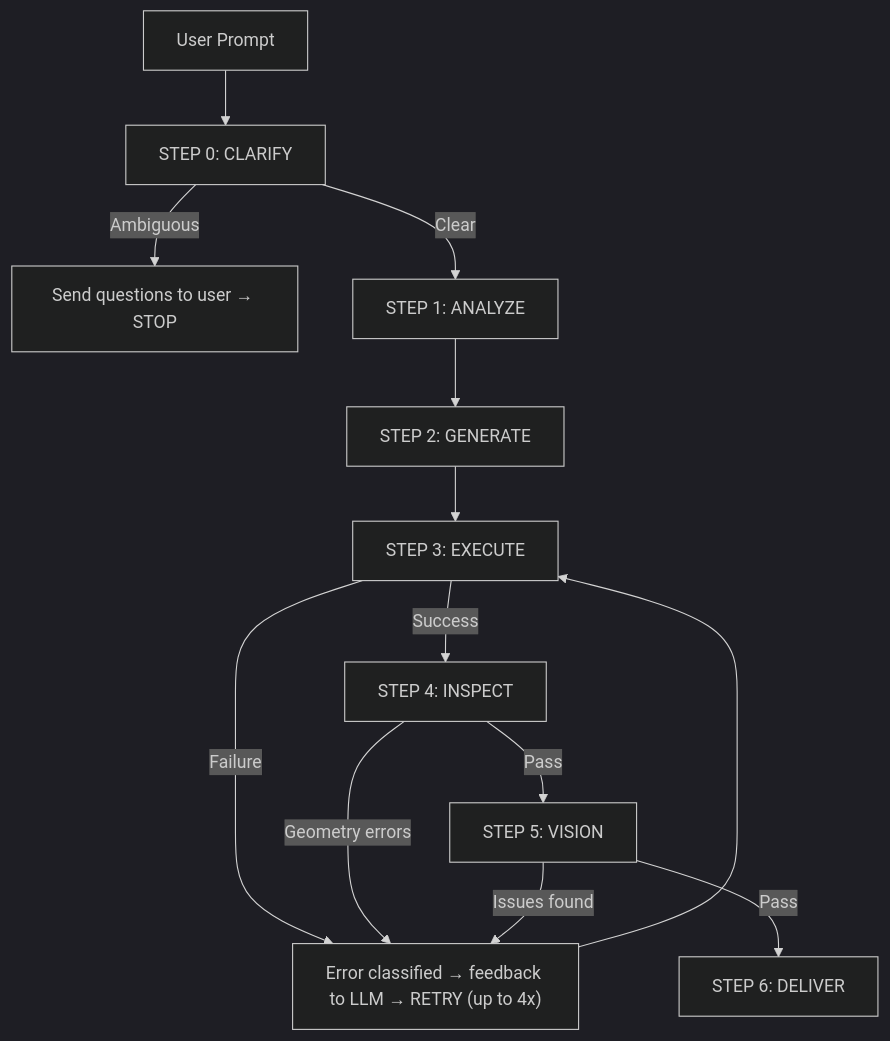
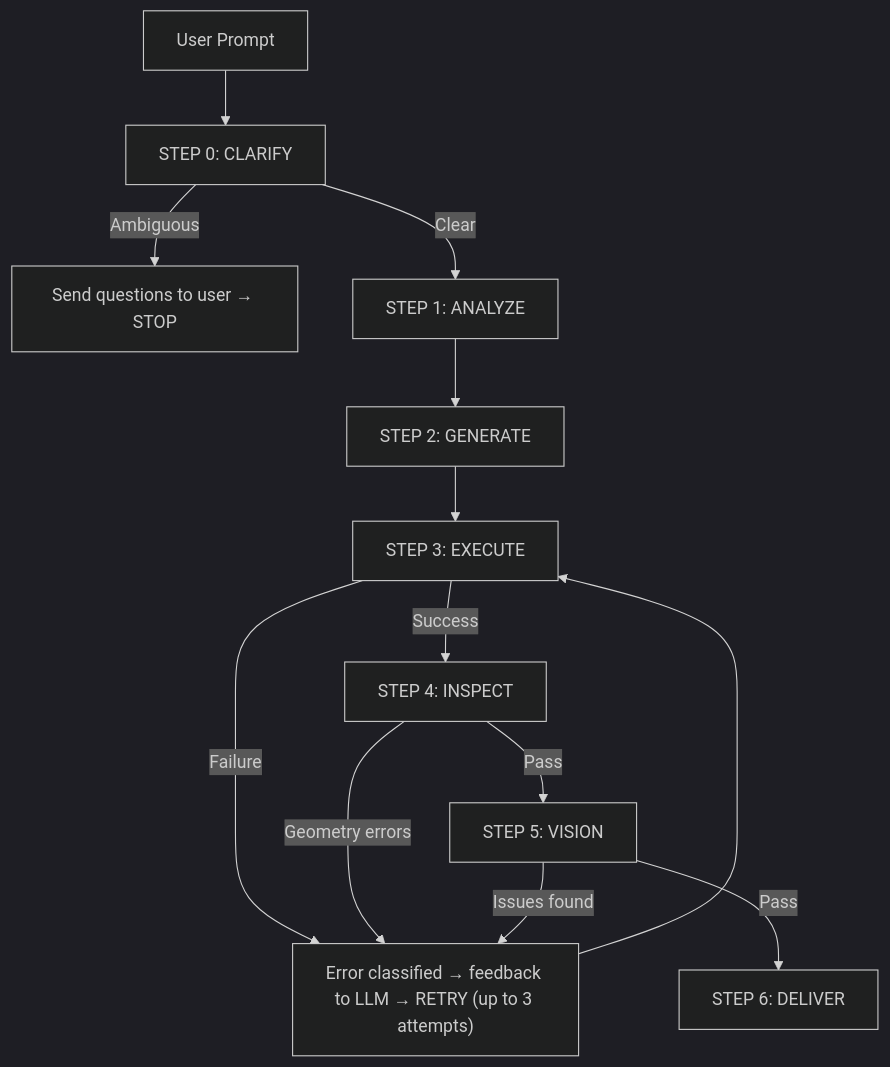
Before and after one commit to ashishexee/chamfer-ai: the second of 5 diagrams in README.md, drawn with Mermaid (dark theme). The commit also changed other lines of this file, not shown here.

````diff
--- a/README.md
+++ b/README.md
@@ -290,15 +302,15 @@
 ```mermaid
 graph TD
     A["User Prompt"] --> B["STEP 0: CLARIFY"]
     B -->|"Ambiguous"| BQ["Send questions to user → STOP"]
     B -->|"Clear"| C["STEP 1: ANALYZE"]
     C --> D["STEP 2: GENERATE"]
     D --> E["STEP 3: EXECUTE"]
-    E -->|"Failure"| ERR["Error classified → feedback to LLM → RETRY (up to 4x)"]
+    E -->|"Failure"| ERR["Error classified → feedback to LLM → RETRY (up to 3 attempts)"]
     ERR --> E
     E -->|"Success"| F["STEP 4: INSPECT"]
     F -->|"Geometry errors"| ERR
     F -->|"Pass"| G["STEP 5: VISION"]
     G -->|"Issues found"| ERR
     G -->|"Pass"| H["STEP 6: DELIVER"]
 ```
````
